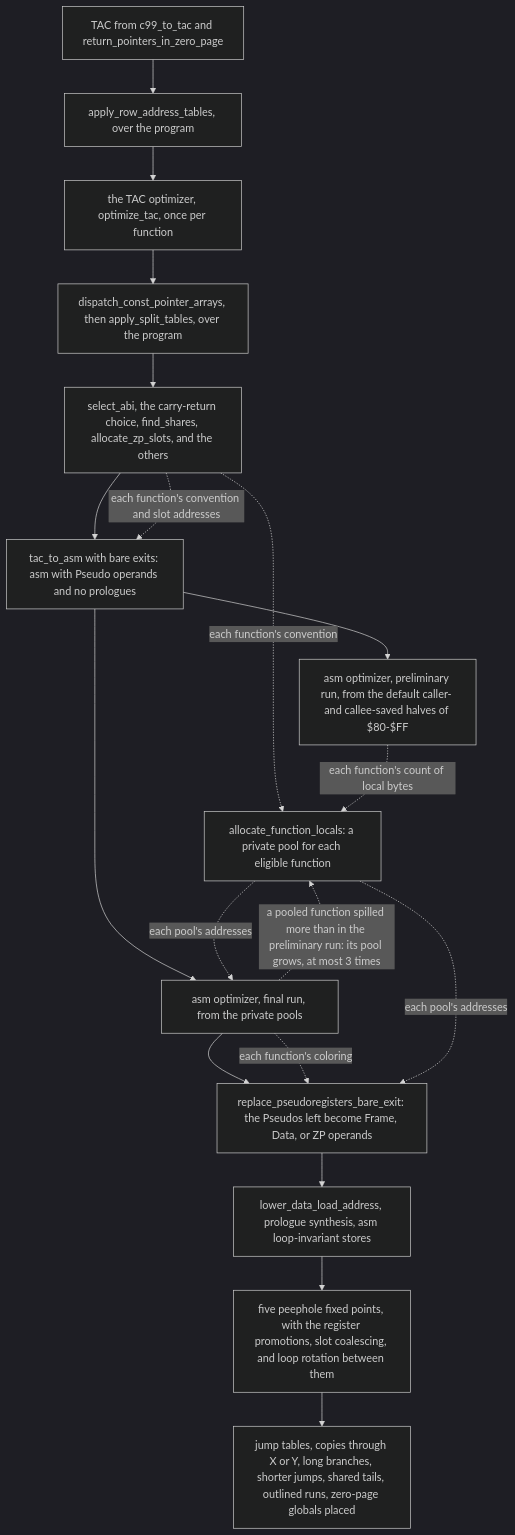
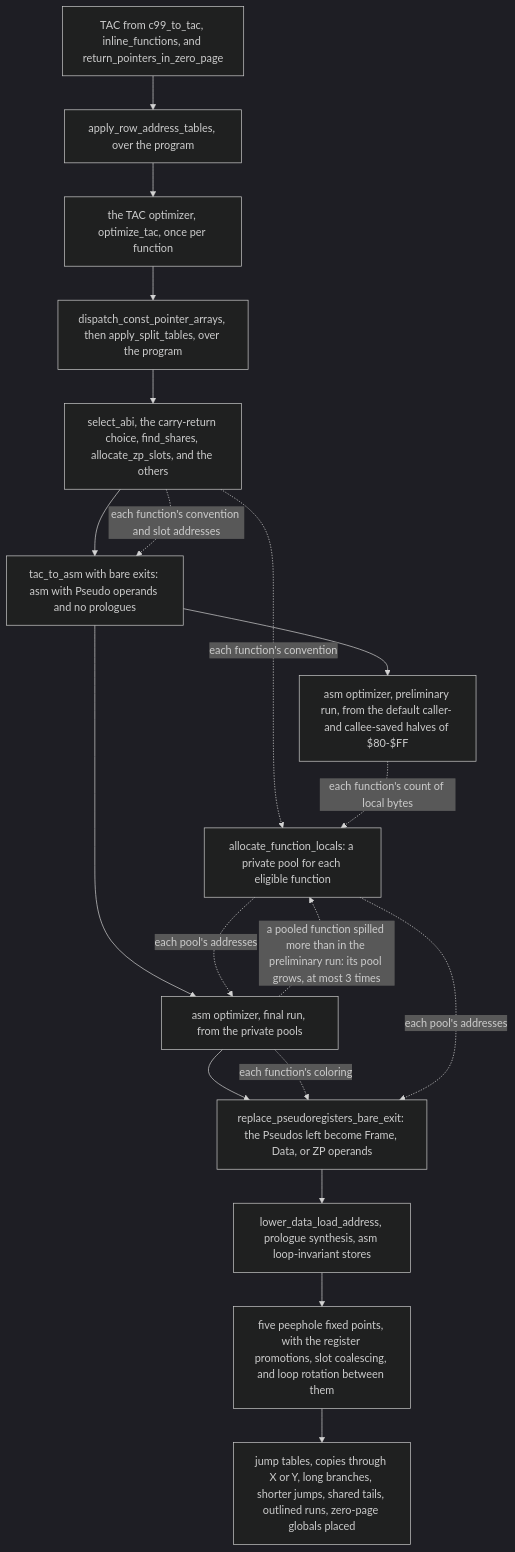
Before and after one commit to XekriRedmane/c6502: the first of 3 diagrams in docs/optimizations/README.md, drawn with Mermaid (dark theme). The commit also changed other lines of this file and 48 other files, not shown here.

````diff
--- a/docs/optimizations/README.md
+++ b/docs/optimizations/README.md
@@ -63,28 +63,28 @@
 ```mermaid
 flowchart TD
-    tacin["TAC from c99_to_tac and return_pointers_in_zero_page"]
+    tacin["TAC from c99_to_tac, inline_functions, and return_pointers_in_zero_page"]
     rows["apply_row_address_tables, over the program"]
     tacopt["the TAC optimizer, optimize_tac, once per function"]
     tables["dispatch_const_pointer_arrays, then apply_split_tables, over the program"]
     abi["select_abi, the carry-return choice, find_shares, allocate_zp_slots, and the others"]
     t2a["tac_to_asm with bare exits: asm with Pseudo operands and no prologues"]
     pre["asm optimizer, preliminary run, from the default caller- and callee-saved halves of $80-$FF"]
     pools["allocate_function_locals: a private pool for each eligible function"]
     fin["asm optimizer, final run, from the private pools"]
     rp["replace_pseudoregisters_bare_exit: the Pseudos left become Frame, Data, or ZP operands"]
     late["lower_data_load_address, prologue synthesis, asm loop-invariant stores"]
     peep["five peephole fixed points, with the register promotions, slot coalescing, and loop rotation between them"]
     final["jump tables, copies through X or Y, long branches, shorter jumps, shared tails, outlined runs, zero-page globals placed"]
 
     tacin --> rows --> tacopt --> tables --> abi --> t2a
     t2a --> pre
     t2a --> fin
     fin --> rp --> late --> peep --> final
     abi -.->|"each function's convention and slot addresses"| t2a
     abi -.->|"each function's convention"| pools
     pre -.->|"each function's count of local bytes"| pools
     pools -.->|"each pool's addresses"| fin
     fin -.->|"a pooled function spilled more than in the preliminary run: its pool grows, at most 3 times"| pools
     fin -.->|"each function's coloring"| rp
     pools -.->|"each pool's addresses"| rp
 ```
````
